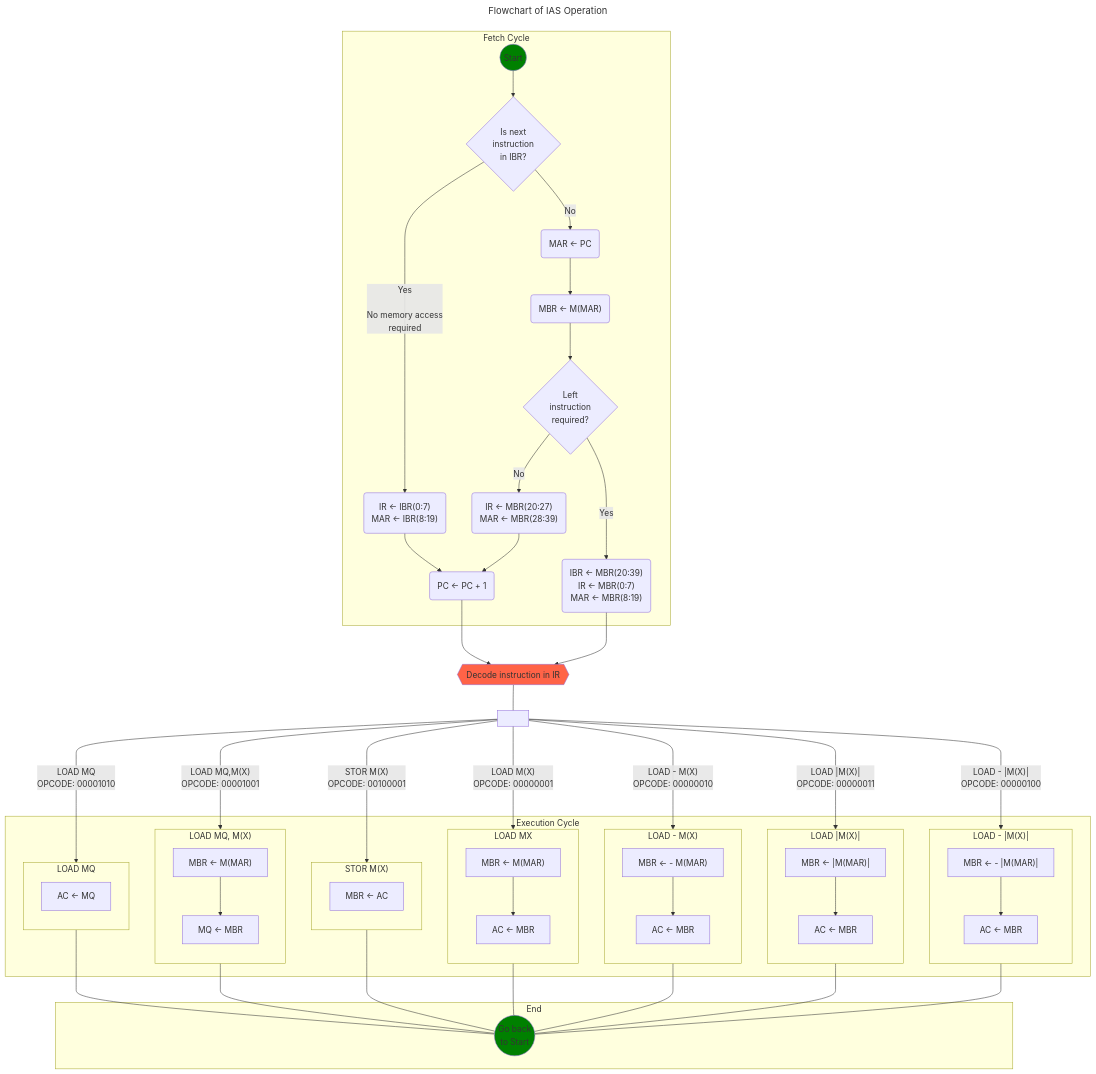
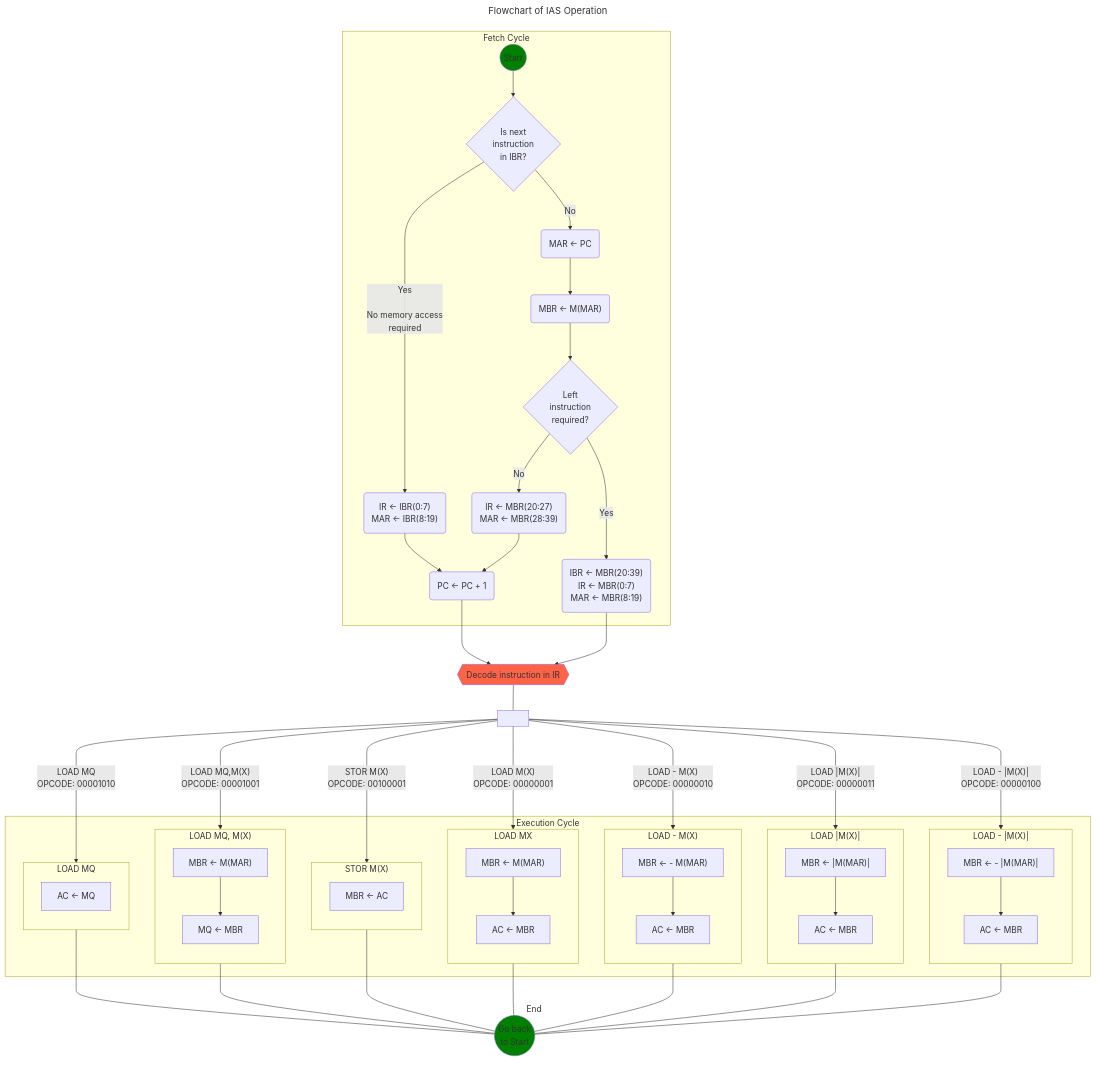
The diagram in README.md (davidalain/ias_computer), drawn with Mermaid before and after one commit.

```diff
--- a/README.md
+++ b/README.md
@@ -130,6 +130,8 @@
     END(("Go back
     to Start")):::greenClass
 
+    style End fill:transparent,stroke:transparent
+
     loadmq_sp --- END
     loadmqmx_sp --- END
     stormx_sp --- END
```
